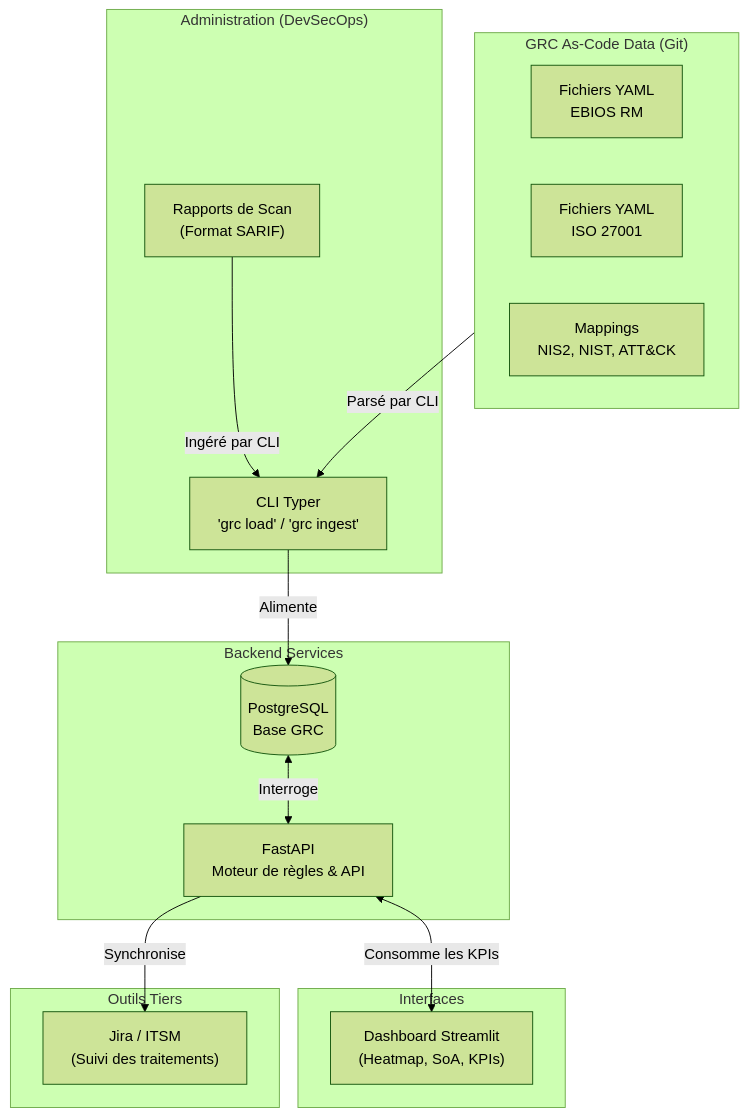
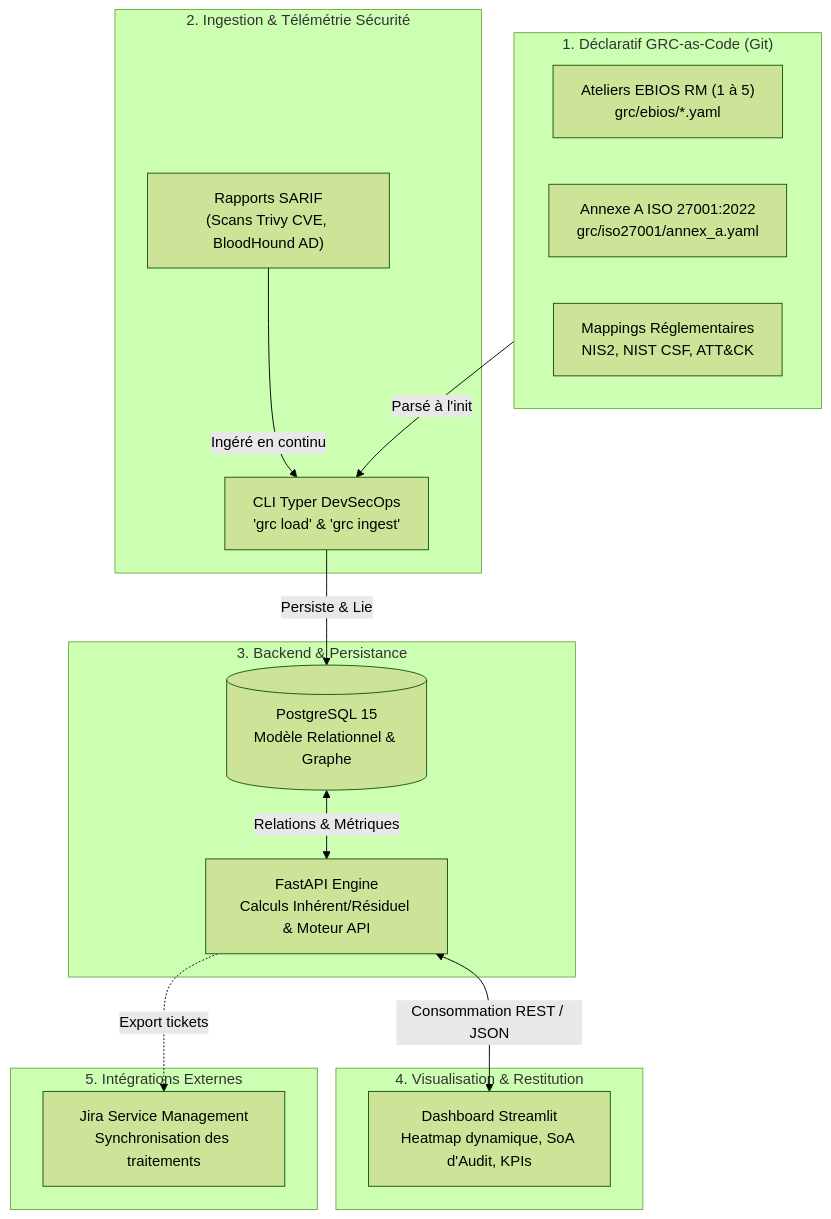
One commit to h-4mza/grc-as-code-imaging-center changed the diagram in README.md. Above: the diagram before and after it, drawn with Mermaid (forest theme). The commit also changed other lines of this file, not shown here.

Commit message:
docs(readme): rewrite executive README with CI badge, Mermaid schema, KPIs, quickstart and visual placeholders

````diff
--- a/README.md
+++ b/README.md
@@ -18,33 +23,33 @@
 ```mermaid
 flowchart TD
-    subgraph Data ["GRC As-Code Data (Git)"]
-        EBIOS["Fichiers YAML<br>EBIOS RM"]
-        ISO["Fichiers YAML<br>ISO 27001"]
-        MAP["Mappings<br>NIS2, NIST, ATT&CK"]
+    subgraph Git ["1. Déclaratif GRC-as-Code (Git)"]
+        EBIOS["Ateliers EBIOS RM (1 à 5)<br>grc/ebios/*.yaml"]
+        ISO["Annexe A ISO 27001:2022<br>grc/iso27001/annex_a.yaml"]
+        MAP["Mappings Réglementaires<br>NIS2, NIST CSF, ATT&CK"]
     end
 
-    subgraph Operations ["Administration (DevSecOps)"]
-        SARIF["Rapports de Scan<br>(Format SARIF)"]
-        CLI["CLI Typer<br>'grc load' / 'grc ingest'"]
+    subgraph SecOps ["2. Ingestion & Télémétrie Sécurité"]
+        SARIF["Rapports SARIF<br>(Scans Trivy CVE, BloodHound AD)"]
+        CLI["CLI Typer DevSecOps<br>'grc load' & 'grc ingest'"]
     end
 
-    subgraph Core ["Backend Services"]
-        DB[("PostgreSQL<br>Base GRC")]
-        API["FastAPI<br>Moteur de règles & API"]
+    subgraph Core ["3. Backend & Persistance"]
+        DB[("PostgreSQL 15<br>Modèle Relationnel & Graphe")]
+        API["FastAPI Engine<br>Calculs Inhérent/Résiduel & Moteur API"]
     end
 
-    subgraph Users ["Interfaces"]
-        DASH["Dashboard Streamlit<br>(Heatmap, SoA, KPIs)"]
-    end
-    
-    subgraph External ["Outils Tiers"]
-        JIRA["Jira / ITSM<br>(Suivi des traitements)"]
+    subgraph Front ["4. Visualisation & Restitution"]
+        DASH["Dashboard Streamlit<br>Heatmap dynamique, SoA d'Audit, KPIs"]
     end
 
-    Data -->|Parsé par CLI| CLI
-    SARIF -->|Ingéré par CLI| CLI
-    CLI -->|Alimente| DB
-    DB <-->|Interroge| API
-    API <-->|Consomme les KPIs| DASH
-    API -->|Synchronise| JIRA
+    subgraph Ext ["5. Intégrations Externes"]
+        JIRA["Jira Service Management<br>Synchronisation des traitements"]
+    end
+
+    Git -->|Parsé à l'init| CLI
+    SARIF -->|Ingéré en continu| CLI
+    CLI -->|Persiste & Lie| DB
+    DB <-->|Relations & Métriques| API
+    API <-->|Consommation REST / JSON| DASH
+    API -.->|Export tickets| JIRA
 ```
````
